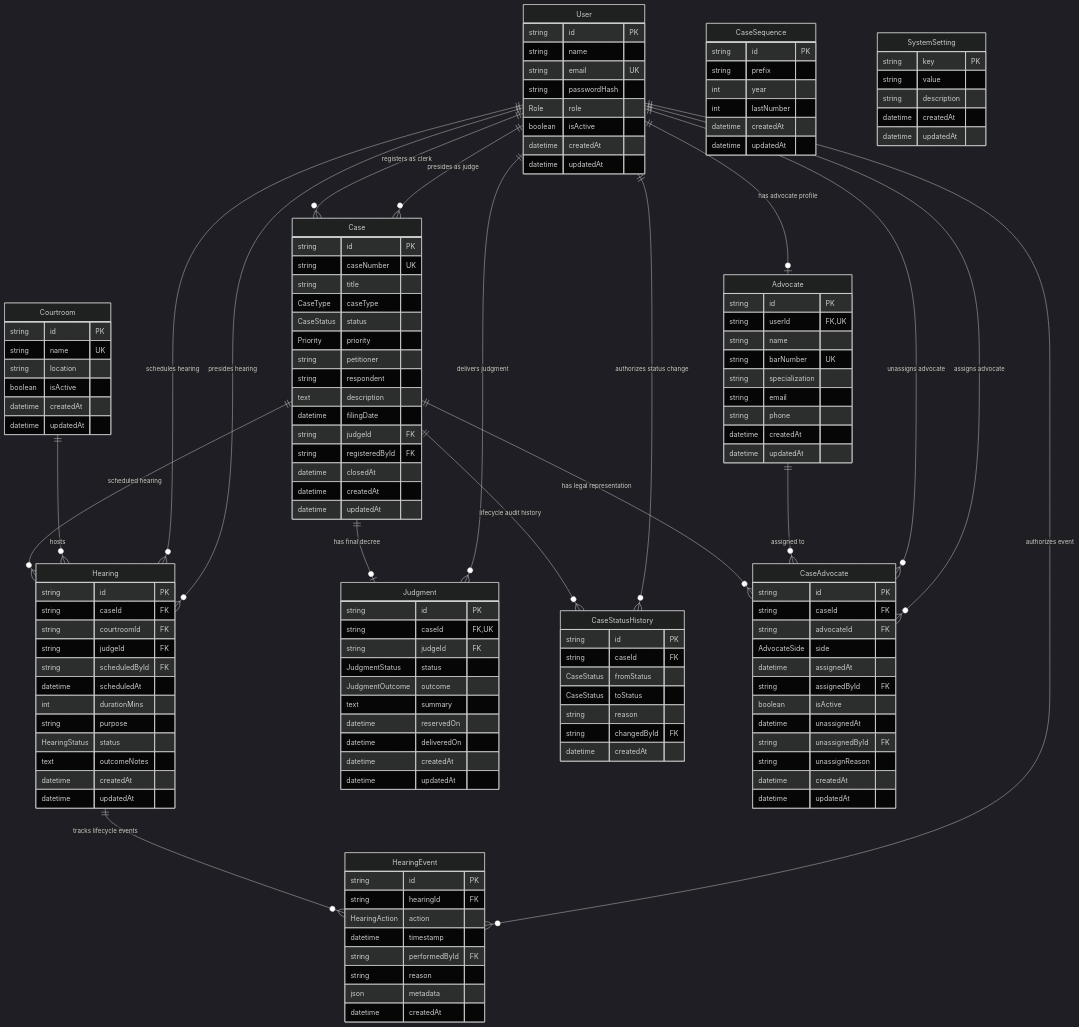
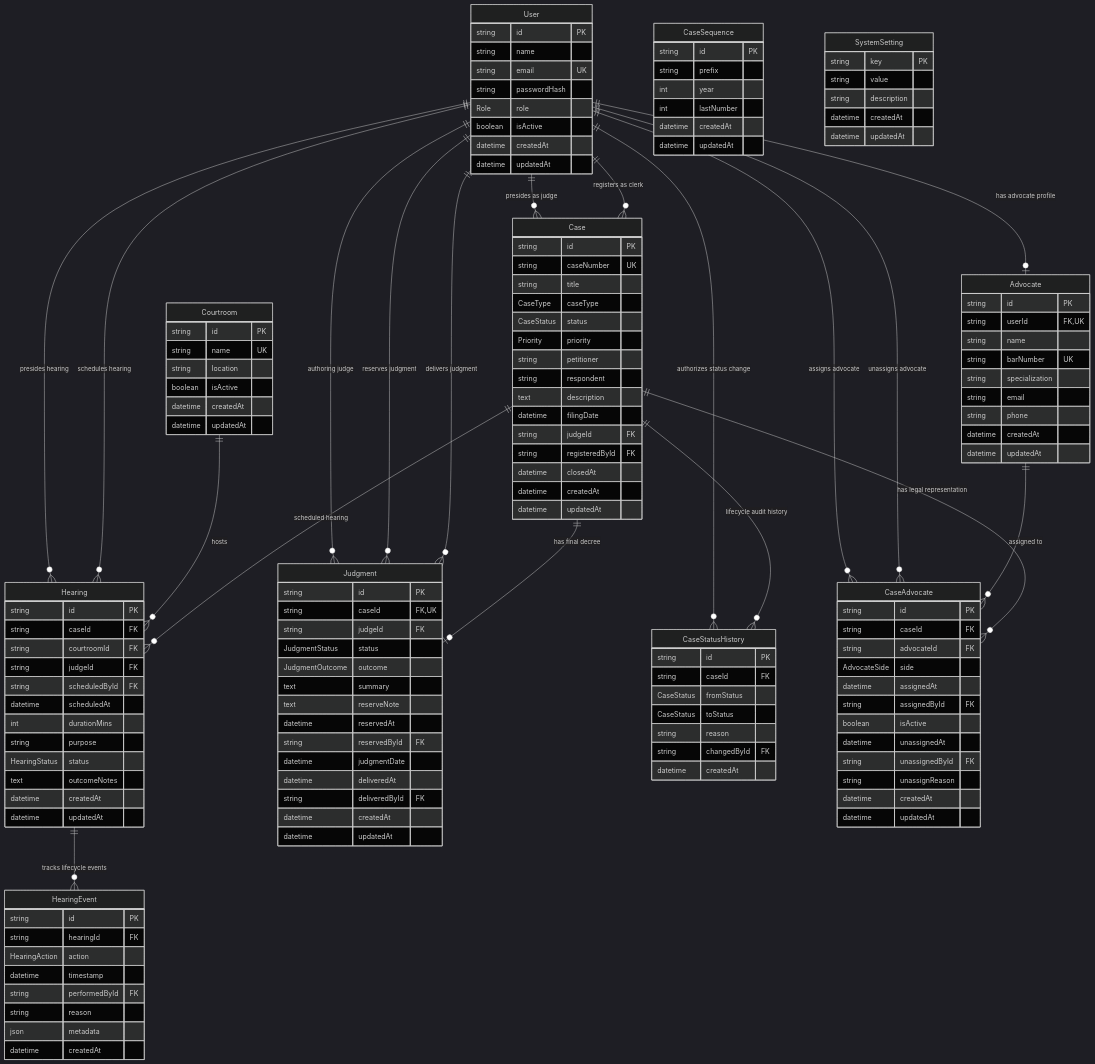
One commit to Allengits/ccm_allen changed the diagram in docs/DATABASE.md. Above: the diagram before and after it, drawn with Mermaid (dark theme). The commit also changed other lines of this file and 31 other files, not shown here.

```diff
--- a/docs/DATABASE.md
+++ b/docs/DATABASE.md
@@ -13,7 +13,8 @@
     User ||--o{ Case : "registers as clerk"
     User ||--o{ Hearing : "presides hearing"
     User ||--o{ Hearing : "schedules hearing"
-    User ||--o{ HearingEvent : "authorizes event"
+    User ||--o{ Judgment : "authoring judge"
+    User ||--o{ Judgment : "reserves judgment"
     User ||--o{ Judgment : "delivers judgment"
     User ||--o{ CaseStatusHistory : "authorizes status change"
     User ||--o{ CaseAdvocate : "assigns advocate"
@@ -127,8 +128,12 @@
         JudgmentStatus status
         JudgmentOutcome outcome
         text summary
-        datetime reservedOn
-        datetime deliveredOn
+        text reserveNote
+        datetime reservedAt
+        string reservedById FK
+        datetime judgmentDate
+        datetime deliveredAt
+        string deliveredById FK
         datetime createdAt
         datetime updatedAt
     }
```
